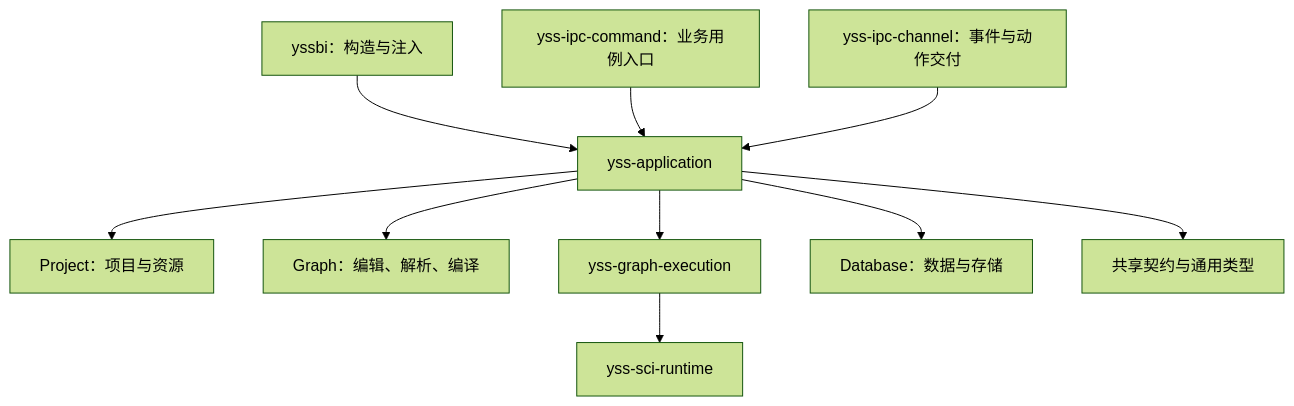
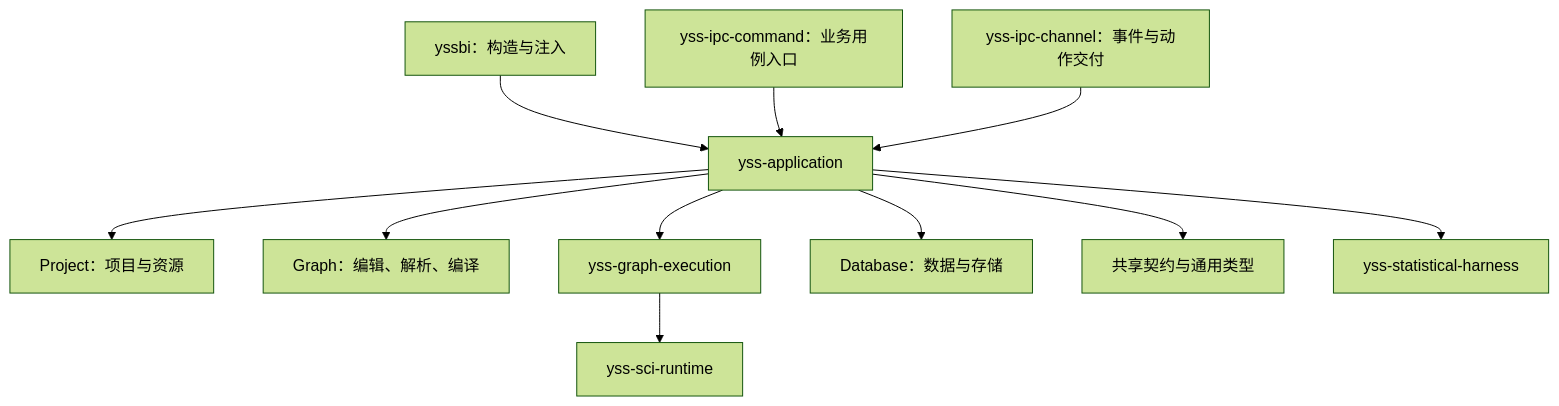
The diagram in src-tauri/crates/yss-application/README.md (zhouyi207/YssBI), drawn with Mermaid (forest theme) before and after one commit. The commit also changed other lines of this file and 5 other files, not shown here.

Commit message:
docs(architecture): clarify application and desktop responsibilities

````diff
--- a/src-tauri/crates/yss-application/README.md
+++ b/src-tauri/crates/yss-application/README.md
@@ -22,12 +22,13 @@
 ```mermaid
 flowchart TD
     ROOT["yssbi：构造与注入"] --> APP["yss-application"]
     CMD["yss-ipc-command：业务用例入口"] --> APP
     CH["yss-ipc-channel：事件与动作交付"] --> APP
     APP --> PROJECT["Project：项目与资源"]
     APP --> GRAPH["Graph：编辑、解析、编译"]
     APP --> EXEC["yss-graph-execution"]
     APP --> DATA["Database：数据与存储"]
     APP --> CONTRACT["共享契约与通用类型"]
+    APP --> HARNESS["yss-statistical-harness"]
     EXEC --> SCI["yss-sci-runtime"]
 ```
````
